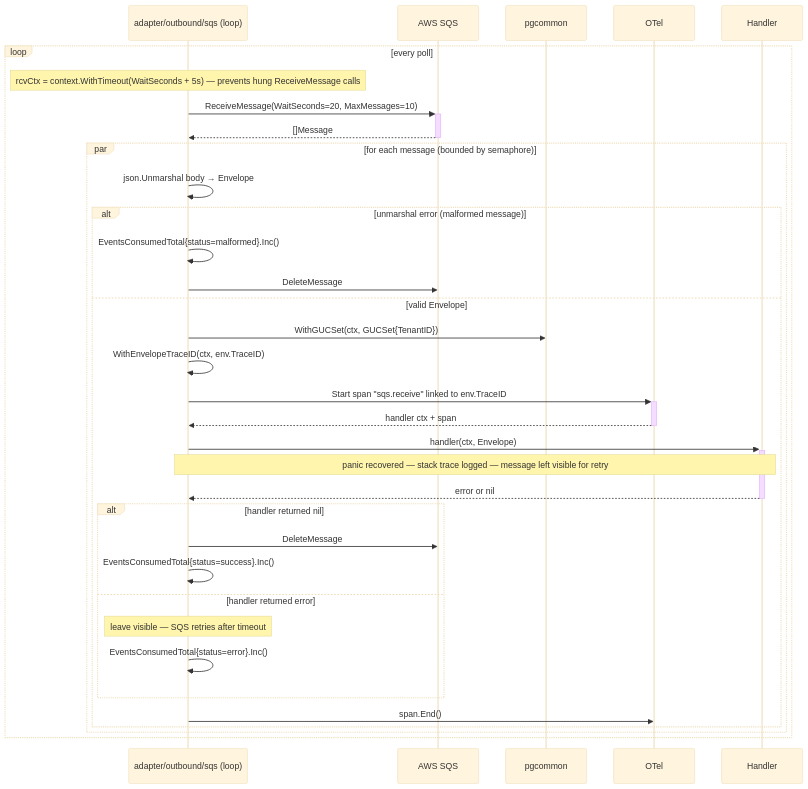
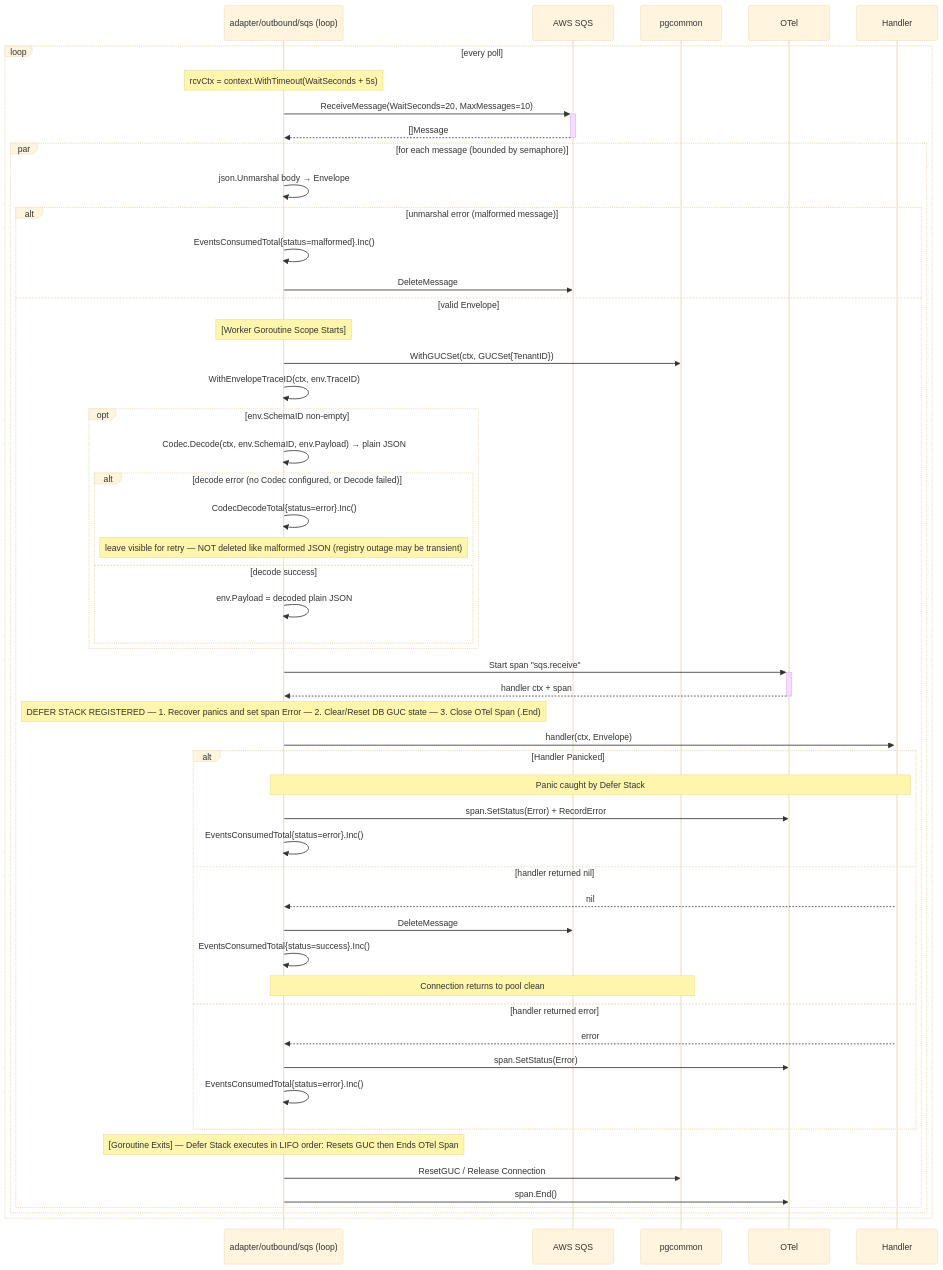
Before and after one commit to BCBP-SOLUTIONS-FZC-LLC/platform-events: the diagram in docs/architecture/mermaid/sqs-consume-flow.mmd, drawn with Mermaid (base theme). The commit also changed 23 other files, not shown here.

```diff
--- a/docs/architecture/mermaid/sqs-consume-flow.mmd
+++ b/docs/architecture/mermaid/sqs-consume-flow.mmd
@@ -1,40 +1,61 @@
 sequenceDiagram
     participant SQSAdp as adapter/outbound/sqs (loop)
     participant SQS as AWS SQS
     participant pgcommon
     participant OTel
     participant Handler
 
     loop every poll
-        Note over SQSAdp: rcvCtx = context.WithTimeout(WaitSeconds + 5s) — prevents hung ReceiveMessage calls
+        Note over SQSAdp: rcvCtx = context.WithTimeout(WaitSeconds + 5s)
         SQSAdp ->>+ SQS: ReceiveMessage(WaitSeconds=20, MaxMessages=10)
         SQS -->>- SQSAdp: []Message
 
         par for each message (bounded by semaphore)
             SQSAdp ->> SQSAdp: json.Unmarshal body → Envelope
 
             alt unmarshal error (malformed message)
                 SQSAdp ->> SQSAdp: EventsConsumedTotal{status=malformed}.Inc()
                 SQSAdp ->> SQS: DeleteMessage
             else valid Envelope
+                Note over SQSAdp: [Worker Goroutine Scope Starts]
                 SQSAdp ->> pgcommon: WithGUCSet(ctx, GUCSet{TenantID})
                 SQSAdp ->> SQSAdp: WithEnvelopeTraceID(ctx, env.TraceID)
-                SQSAdp ->>+ OTel: Start span "sqs.receive" linked to env.TraceID
+
+                opt env.SchemaID non-empty
+                    SQSAdp ->> SQSAdp: Codec.Decode(ctx, env.SchemaID, env.Payload) → plain JSON
+                    alt decode error (no Codec configured, or Decode failed)
+                        SQSAdp ->> SQSAdp: CodecDecodeTotal{status=error}.Inc()
+                        Note over SQSAdp: leave visible for retry — NOT deleted like malformed JSON (registry outage may be transient)
+                    else decode success
+                        SQSAdp ->> SQSAdp: env.Payload = decoded plain JSON
+                    end
+                end
+
+                SQSAdp ->>+ OTel: Start span "sqs.receive"
                 OTel -->>- SQSAdp: handler ctx + span
 
+                Note over SQSAdp: DEFER STACK REGISTERED — 1. Recover panics and set span Error — 2. Clear/Reset DB GUC state — 3. Close OTel Span (.End)
+
                 SQSAdp ->>+ Handler: handler(ctx, Envelope)
-                Note over Handler,SQSAdp: panic recovered — stack trace logged — message left visible for retry
-                Handler -->>- SQSAdp: error or nil
 
-                alt handler returned nil
+                alt Handler Panicked
+                    Note over Handler,SQSAdp: Panic caught by Defer Stack
+                    SQSAdp ->> OTel: span.SetStatus(Error) + RecordError
+                    SQSAdp ->> SQSAdp: EventsConsumedTotal{status=error}.Inc()
+                else handler returned nil
+                    Handler -->> SQSAdp: nil
                     SQSAdp ->> SQS: DeleteMessage
                     SQSAdp ->> SQSAdp: EventsConsumedTotal{status=success}.Inc()
+                    Note over SQSAdp,pgcommon: Connection returns to pool clean
                 else handler returned error
-                    Note over SQSAdp: leave visible — SQS retries after timeout
+                    Handler -->> SQSAdp: error
+                    SQSAdp ->> OTel: span.SetStatus(Error)
                     SQSAdp ->> SQSAdp: EventsConsumedTotal{status=error}.Inc()
                 end
 
+                Note over SQSAdp: [Goroutine Exits] — Defer Stack executes in LIFO order: Resets GUC then Ends OTel Span
+                SQSAdp ->> pgcommon: ResetGUC / Release Connection
                 SQSAdp ->> OTel: span.End()
             end
         end
     end
```
